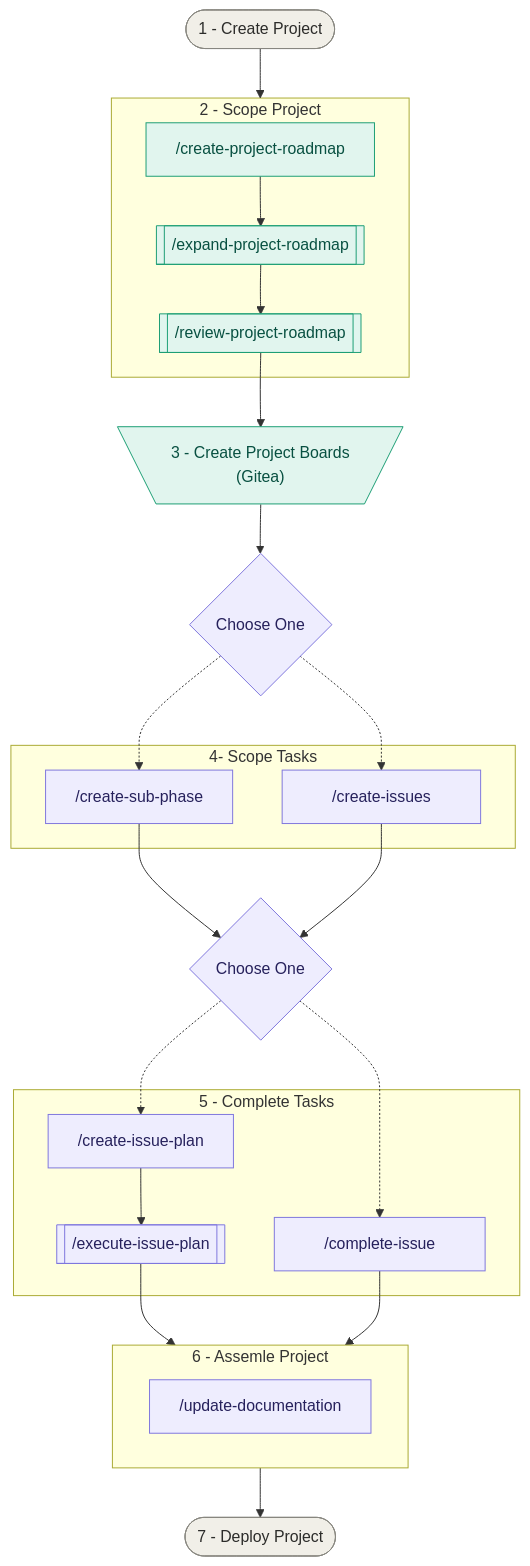
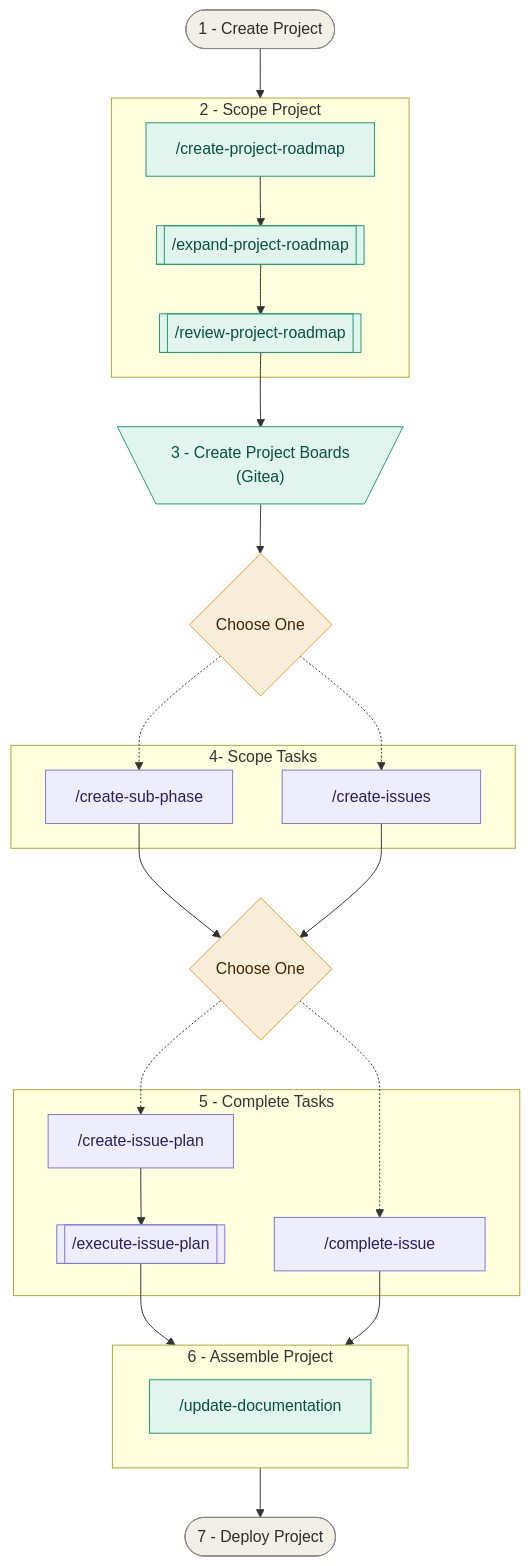
One commit to kheise-91/job-tracker changed the diagram in docs/workflows/project-development.md. Above: the diagram before and after it, drawn with Mermaid. The commit also changed other lines of this file and 4 other files, not shown here.

````diff
--- a/docs/workflows/project-development.md
+++ b/docs/workflows/project-development.md
@@ -61,55 +61,55 @@
 ```mermaid
 flowchart TD
     Start([1 - Create Project])
     End([7 - Deploy Project])
 
     subgraph SCOPE_PROJECT["2 - Scope Project"]
         S1["/create-project-roadmap"]
         S2@{ shape: subproc, label: "/expand-project-roadmap" }
         S3@{ shape: subproc, label: "/review-project-roadmap" }
     end
 
     G1@{ shape: trap-t, label: "3 - Create Project Boards <br> (Gitea)"}
 
     subgraph SCOPE_TASKS["4-  Scope Tasks"]
         TC1@{ shape: proc, label: "/create-sub-phase" }
         TC2@{ shape: proc, label: " &emsp; /create-issues &emsp; " }
     end
 
     subgraph DEVELOPMENT["5 - Complete Tasks"]
         D1@{ shape: proc, label: "/create-issue-plan" }
         D2@{ shape: subproc, label: "/execute-issue-plan" }
         D3@{ shape: proc, label: " &emsp; /complete-issue &emsp; " }
     end
 
-    subgraph DOCUMENTATION["6 - Assemle Project"]
+    subgraph DOCUMENTATION["6 - Assemble Project"]
         DOC["/update-documentation"]
     end
 
     Start --> SCOPE_PROJECT
     S1 --> S2
     S2 --> S3
     S3 --> G1
     G1 --> C1{"Choose One"}
     C1 -.-> TC1
     C1 -.-> TC2
     TC1 --> C2{"Choose One"}
     TC2 --> C2
     C2 -.-> D1
     C2 -.-> D3
     D1 --> D2
     D2 --> DOCUMENTATION
     D3 --> DOCUMENTATION
 
     DOCUMENTATION --> End
 
     classDef sequential fill:#E1F5EE,stroke:#1D9E75,color:#085041
     classDef choice fill:#EEEDFE,stroke:#7F77DD,color:#26215C
     classDef decision fill:#FAEEDA,stroke:#EF9F27,color:#412402
     classDef terminal fill:#F1EFE8,stroke:#888780,color:#2C2C2A
 
-    class S1,S2,S3,G1 sequential
-    class TC1,TC2,D1,D2,D3,DOC,C1,C2 choice
-    class TC,DEV decision
+    class S1,S2,S3,G1,DOC sequential
+    class TC1,TC2,D1,D2,D3 choice
+    class C1,C2 decision
     class Start,End terminal
 ```
````
